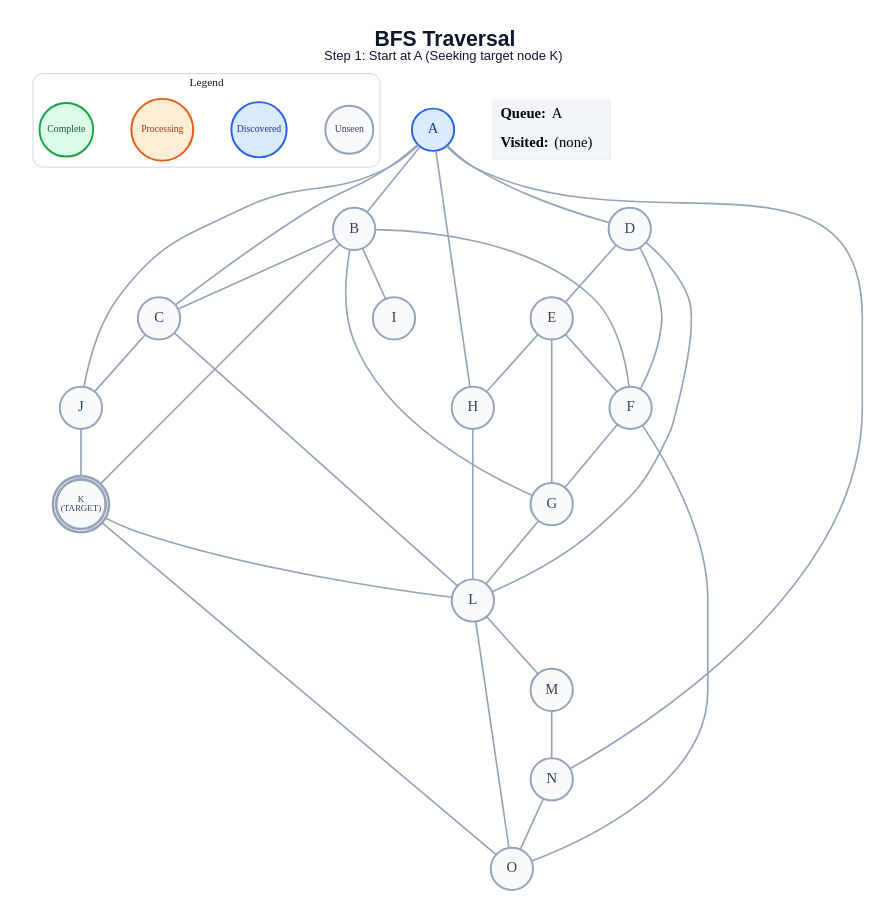
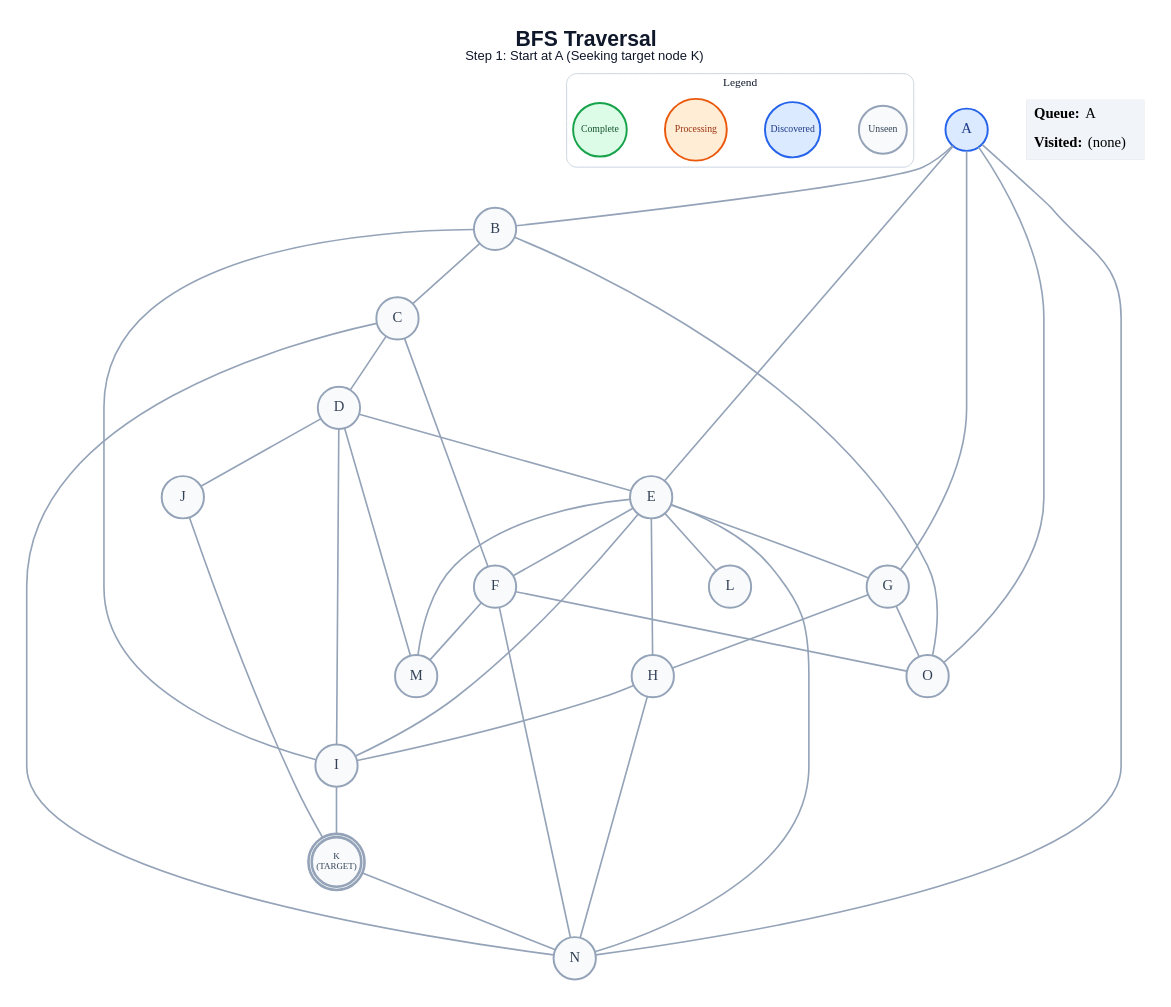
One commit to anon7238593-create/ai-slop changed the diagram in generated/specific-node/bfs/step_01.dot. Above: the diagram before and after it, drawn with Graphviz. The commit also changed 263 other files, not shown here.

```diff
--- a/generated/specific-node/bfs/step_01.dot
+++ b/generated/specific-node/bfs/step_01.dot
@@ -1,64 +1,66 @@
 graph traversal {
   graph [layout=dot, rankdir=TB, bgcolor="#FFFFFF", pad="0.35", nodesep="0.65", ranksep="0.8", fontname="Arial"];
   node [shape=circle, style="filled", fontname="Arial Bold", fontsize=18, width=0.72, fixedsize=true, penwidth=2.4];
   edge [color="#94A3B8", penwidth=2.0];
   label=<<B>BFS Traversal</B><BR/><FONT POINT-SIZE="16">Step 1: Start at A (Seeking target node K)</FONT>>; labelloc="t"; fontsize=26; fontname="Arial"; fontcolor="#0F172A";
   subgraph cluster_legend { label="Legend"; color="#CBD5E1"; penwidth=1.2; style="rounded"; fontsize=14; fontname="Arial Bold";
     key_unseen [label="Unseen", fillcolor="#F8FAFC", color="#94A3B8", fontcolor="#334155", fontsize=12, width=0.82];
     key_frontier [label="Discovered", fillcolor="#DBEAFE", color="#2563EB", fontcolor="#1E3A8A", fontsize=12, width=0.95];
     key_current [label="Processing", fillcolor="#FFEDD5", color="#EA580C", fontcolor="#9A3412", fontsize=12, width=1.05];
     key_done [label="Complete", fillcolor="#DCFCE7", color="#16A34A", fontcolor="#14532D", fontsize=12, width=0.92];
     { rank=same; key_unseen; key_frontier; key_current; key_done; }
   }
   A [label="A", fillcolor="#DBEAFE", color="#2563EB", fontcolor="#1E3A8A", peripheries=1, penwidth=2.4];
   B [label="B", fillcolor="#F8FAFC", color="#94A3B8", fontcolor="#334155", peripheries=1, penwidth=2.4];
   C [label="C", fillcolor="#F8FAFC", color="#94A3B8", fontcolor="#334155", peripheries=1, penwidth=2.4];
   D [label="D", fillcolor="#F8FAFC", color="#94A3B8", fontcolor="#334155", peripheries=1, penwidth=2.4];
   E [label="E", fillcolor="#F8FAFC", color="#94A3B8", fontcolor="#334155", peripheries=1, penwidth=2.4];
   F [label="F", fillcolor="#F8FAFC", color="#94A3B8", fontcolor="#334155", peripheries=1, penwidth=2.4];
   G [label="G", fillcolor="#F8FAFC", color="#94A3B8", fontcolor="#334155", peripheries=1, penwidth=2.4];
   H [label="H", fillcolor="#F8FAFC", color="#94A3B8", fontcolor="#334155", peripheries=1, penwidth=2.4];
   I [label="I", fillcolor="#F8FAFC", color="#94A3B8", fontcolor="#334155", peripheries=1, penwidth=2.4];
   J [label="J", fillcolor="#F8FAFC", color="#94A3B8", fontcolor="#334155", peripheries=1, penwidth=2.4];
   K [label="K\n(TARGET)", fillcolor="#F8FAFC", color="#94A3B8", fontcolor="#334155", peripheries=2, penwidth=3.2, fontsize=11, width=0.85, height=0.85];
   L [label="L", fillcolor="#F8FAFC", color="#94A3B8", fontcolor="#334155", peripheries=1, penwidth=2.4];
   M [label="M", fillcolor="#F8FAFC", color="#94A3B8", fontcolor="#334155", peripheries=1, penwidth=2.4];
   N [label="N", fillcolor="#F8FAFC", color="#94A3B8", fontcolor="#334155", peripheries=1, penwidth=2.4];
   O [label="O", fillcolor="#F8FAFC", color="#94A3B8", fontcolor="#334155", peripheries=1, penwidth=2.4];
   A -- B;
-  A -- C;
-  A -- D;
-  A -- H;
-  A -- J;
+  A -- E;
+  A -- G;
   A -- N;
+  A -- O;
   B -- C;
-  B -- F;
-  B -- G;
   B -- I;
-  B -- K;
-  C -- J;
-  C -- L;
+  B -- O;
+  C -- D;
+  C -- F;
+  C -- N;
   D -- E;
-  D -- F;
-  D -- L;
+  D -- I;
+  D -- J;
+  D -- M;
   E -- F;
   E -- G;
   E -- H;
-  F -- G;
+  E -- I;
+  E -- L;
+  E -- M;
+  E -- N;
+  F -- M;
+  F -- N;
   F -- O;
-  G -- L;
-  H -- L;
+  G -- H;
+  G -- O;
+  H -- I;
+  H -- N;
+  I -- K;
   J -- K;
-  K -- L;
-  K -- O;
-  L -- M;
-  L -- O;
-  M -- N;
-  N -- O;
+  K -- N;
   status [shape=plain, fixedsize=false, width=0, height=0, margin=0, label=<
     <TABLE BORDER="0" CELLBORDER="0" CELLPADDING="7" BGCOLOR="#F1F5F9">
       <TR><TD ALIGN="LEFT"><B>Queue:</B> A</TD></TR>
       <TR><TD ALIGN="LEFT"><B>Visited:</B> (none)</TD></TR>
     </TABLE>
   >];
 }
```
